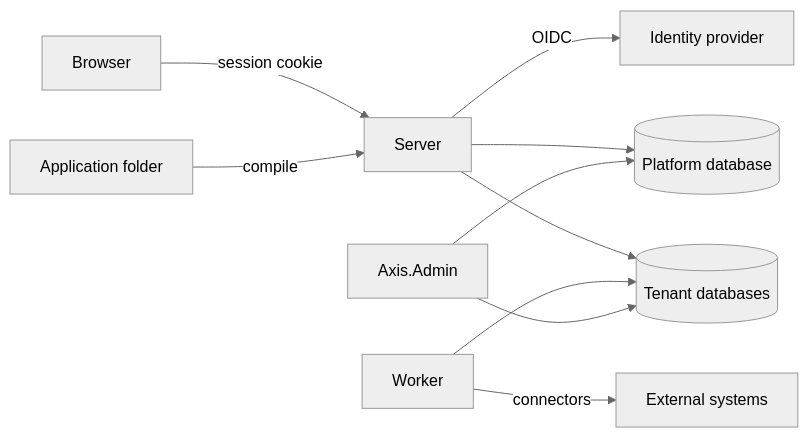
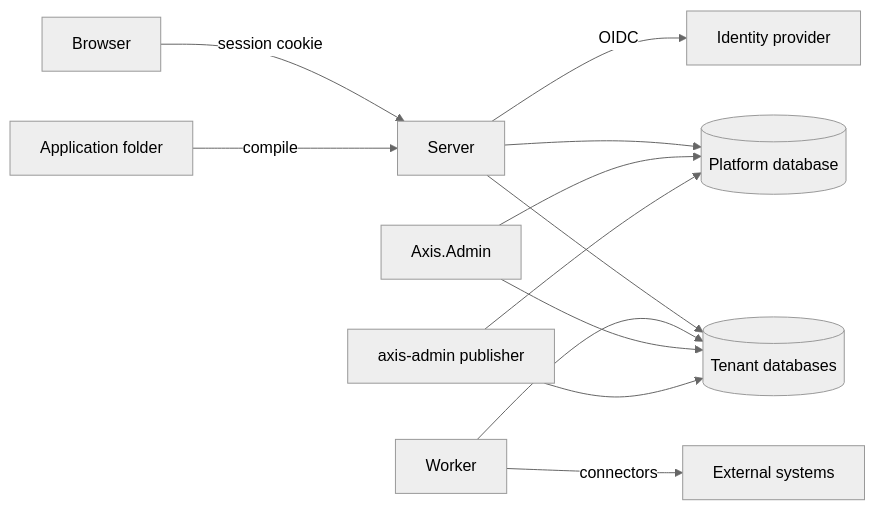
Before and after one commit to phuongnse/axis: the diagram in docs/architecture.md, drawn with Mermaid (neutral theme). The commit also changed other lines of this file and 8 other files, not shown here.

````diff
--- a/docs/architecture.md
+++ b/docs/architecture.md
@@ -11,12 +11,14 @@
 ```mermaid
 flowchart LR
     Browser -->|session cookie| Server
     Files[Application folder] -->|compile| Server
     Server -->|OIDC| IdP[Identity provider]
     Server --> SysDb[(Platform database)]
     Server --> TenantDb[(Tenant databases)]
     Worker --> TenantDb
     Worker -->|connectors| External[External systems]
     Admin[Axis.Admin] --> SysDb
     Admin --> TenantDb
+    Publisher[axis-admin publisher] --> SysDb
+    Publisher --> TenantDb
 ```
````
